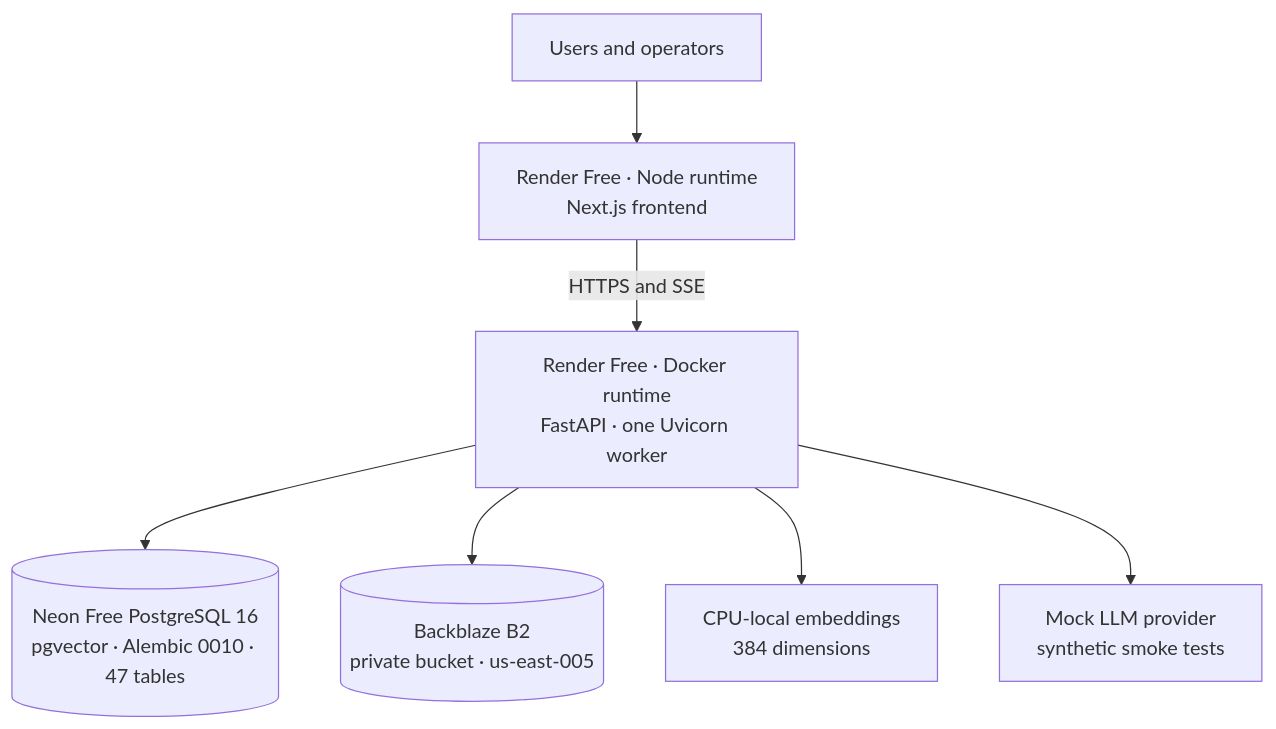
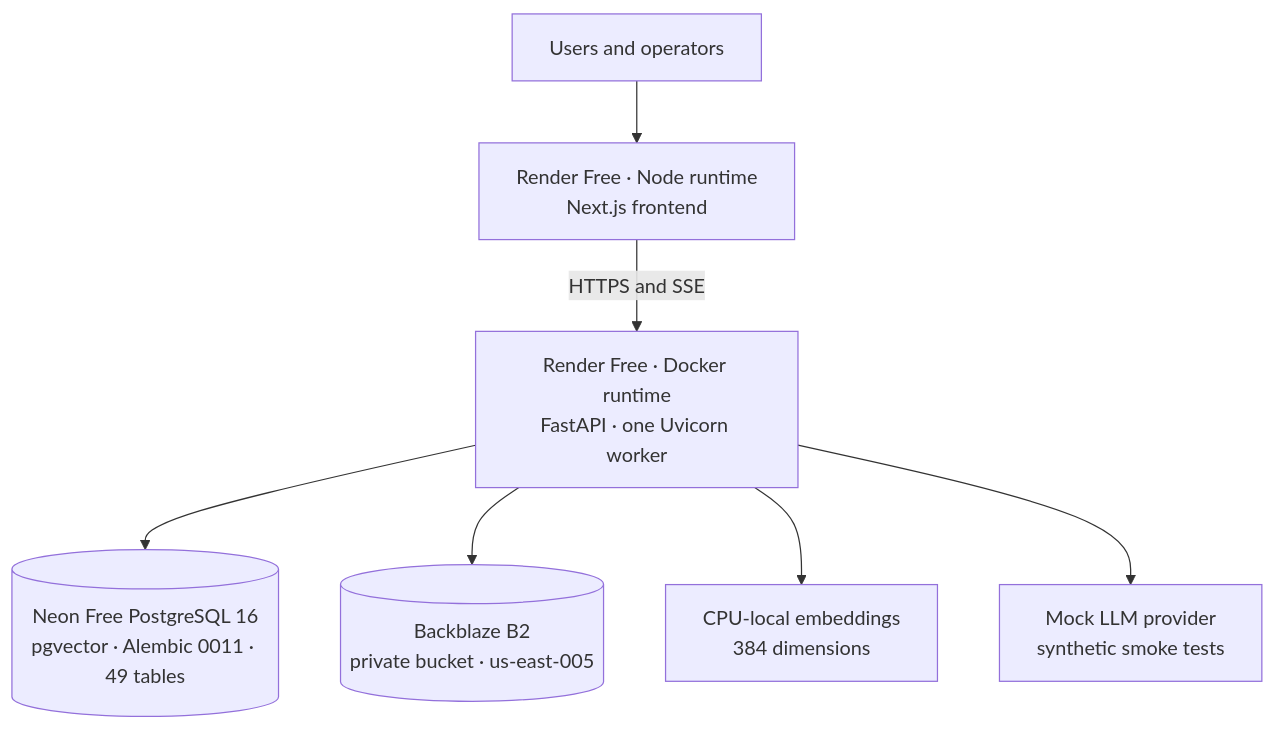
One commit to mustafaabadshah/Multi-Tenant-AI-Platform-CaaS changed the third of 3 diagrams in README.md. Above: the diagram before and after it, drawn with Mermaid. The commit also changed other lines of this file and 7 other files, not shown here.

````diff
--- a/README.md
+++ b/README.md
@@ -77,9 +100,9 @@
 ```mermaid
 flowchart TB
     U["Users and operators"] --> FE["Render Free · Node runtime<br/>Next.js frontend"]
     FE -->|HTTPS and SSE| BE["Render Free · Docker runtime<br/>FastAPI · one Uvicorn worker"]
-    BE --> PG[("Neon Free PostgreSQL 16<br/>pgvector · Alembic 0010 · 47 tables")]
+    BE --> PG[("Neon Free PostgreSQL 16<br/>pgvector · Alembic 0011 · 49 tables")]
     BE --> B2[("Backblaze B2<br/>private bucket · us-east-005")]
     BE --> EMB["CPU-local embeddings<br/>384 dimensions"]
     BE --> MOCK["Mock LLM provider<br/>synthetic smoke tests"]
 ```
````
